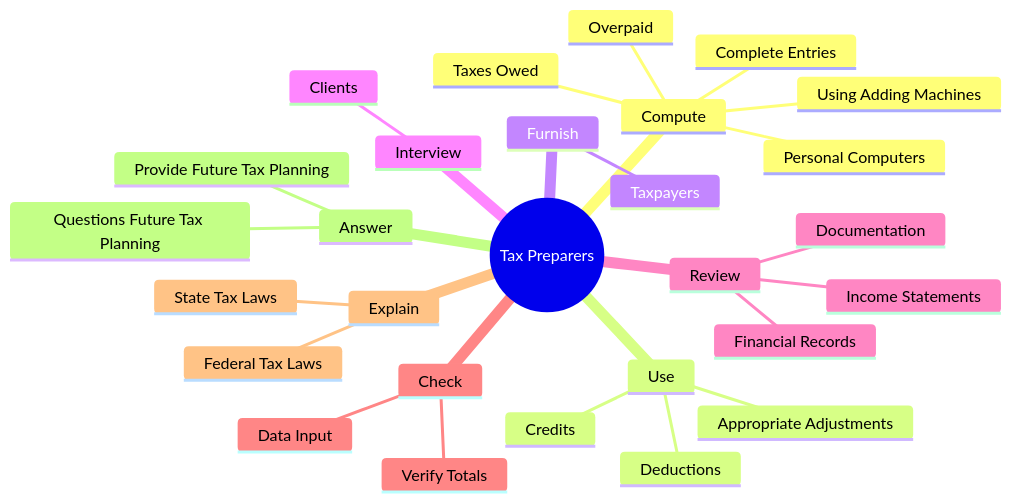
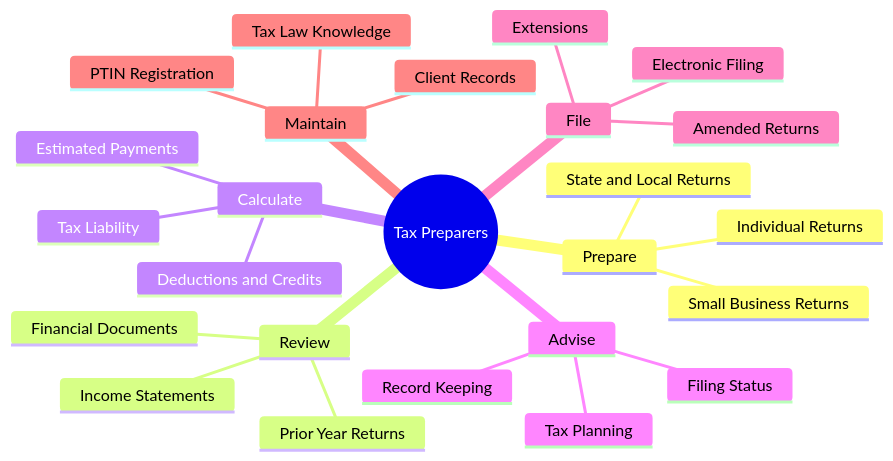
Before and after one commit to kziemski/business.org.ai: the second of 4 diagrams in occupations/Business/TaxPreparers.mdx, drawn with Mermaid. The commit also changed other lines of this file and 938 other files, not shown here.

````diff
--- a/occupations/Business/TaxPreparers.mdx
+++ b/occupations/Business/TaxPreparers.mdx
@@ -37,31 +48,28 @@
 ```mermaid
 mindmap
     root(("Tax Preparers"))
-        Compute
-            Taxes Owed
-            Overpaid
-            Using Adding Machines
-            Personal Computers
-            Complete Entries
-        Use
-            Appropriate Adjustments
-            Deductions
-            Credits
-        Furnish
-            Taxpayers
-        Interview
-            Clients
+        Prepare
+            Individual Returns
+            Small Business Returns
+            State and Local Returns
         Review
-            Financial Records
+            Financial Documents
+            Prior Year Returns
             Income Statements
-            Documentation
-        Check
-            Data Input
-            Verify Totals
-        Explain
-            Federal Tax Laws
-            State Tax Laws
-        Answer
-            Questions Future Tax Planning
-            Provide Future Tax Planning
+        Calculate
+            Tax Liability
+            Deductions and Credits
+            Estimated Payments
+        Advise
+            Tax Planning
+            Filing Status
+            Record Keeping
+        File
+            Electronic Filing
+            Extensions
+            Amended Returns
+        Maintain
+            Client Records
+            Tax Law Knowledge
+            PTIN Registration
 ```
````
